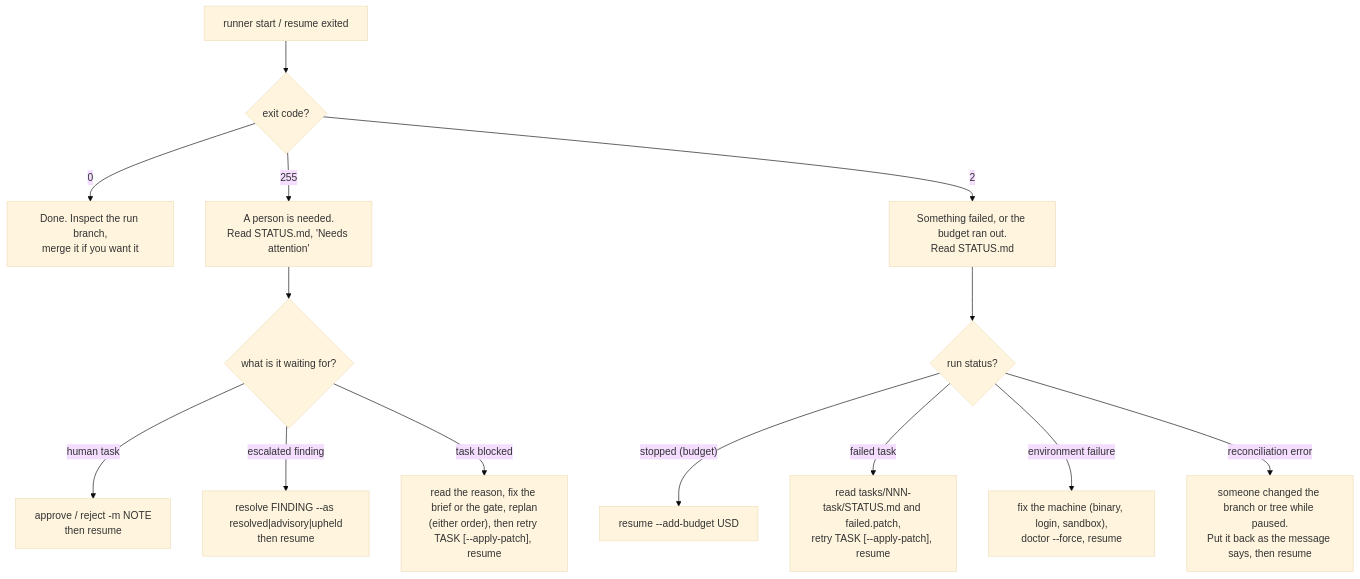
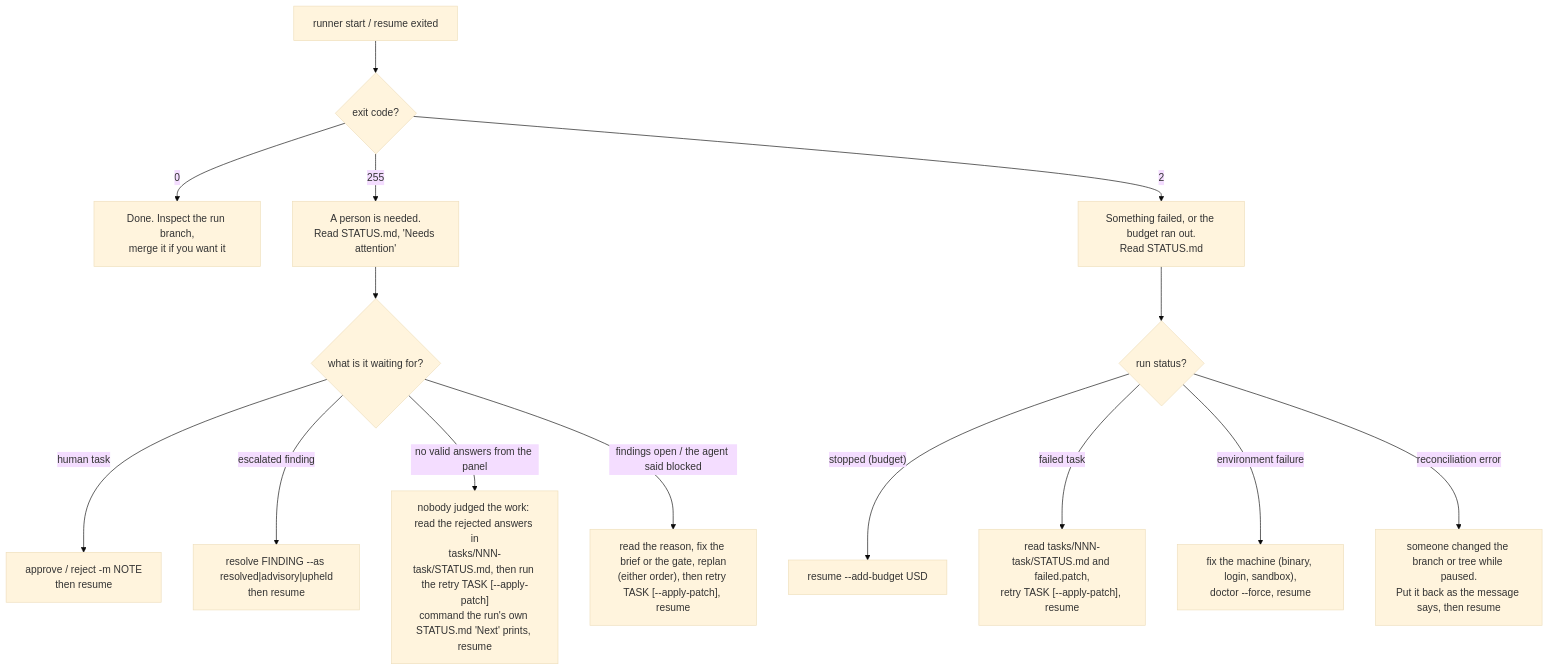
One commit to miavenet/mv-aipp101-starter changed the diagram in task_runner/docs/runbook.md. Above: the diagram before and after it, drawn with Mermaid (base theme). The commit also changed other lines of this file and 5 other files, not shown here.

````diff
--- a/task_runner/docs/runbook.md
+++ b/task_runner/docs/runbook.md
@@ -12,16 +12,17 @@
 ```mermaid
 flowchart TB
     S["runner start / resume exited"] --> E{"exit code?"}
     E -- "0" --> DONE["Done. Inspect the run branch,<br/>merge it if you want it"]
     E -- "255" --> H["A person is needed.<br/>Read STATUS.md, 'Needs attention'"]
     E -- "2" --> F["Something failed, or the budget ran out.<br/>Read STATUS.md"]
     H --> H1{"what is it waiting for?"}
     H1 -- "human task" --> AP["approve / reject -m NOTE<br/>then resume"]
     H1 -- "escalated finding" --> RS["resolve FINDING --as resolved|advisory|upheld<br/>then resume"]
-    H1 -- "task blocked" --> BL["read the reason, fix the brief or the gate, replan<br/>(either order), then retry TASK [--apply-patch], resume"]
+    H1 -- "no valid answers from the panel" --> BLP["nobody judged the work: read the rejected answers in<br/>tasks/NNN-task/STATUS.md, then run the retry TASK [--apply-patch]<br/>command the run's own STATUS.md 'Next' prints, resume"]
+    H1 -- "findings open / the agent said blocked" --> BL["read the reason, fix the brief or the gate, replan<br/>(either order), then retry TASK [--apply-patch], resume"]
     F --> F1{"run status?"}
     F1 -- "stopped (budget)" --> BUD["resume --add-budget USD"]
     F1 -- "failed task" --> RT["read tasks/NNN-task/STATUS.md and failed.patch,<br/>retry TASK [--apply-patch], resume"]
     F1 -- "environment failure" --> ENV["fix the machine (binary, login, sandbox),<br/>doctor --force, resume"]
     F1 -- "reconciliation error" --> RECON["someone changed the branch or tree while paused.<br/>Put it back as the message says, then resume"]
 ```
````
